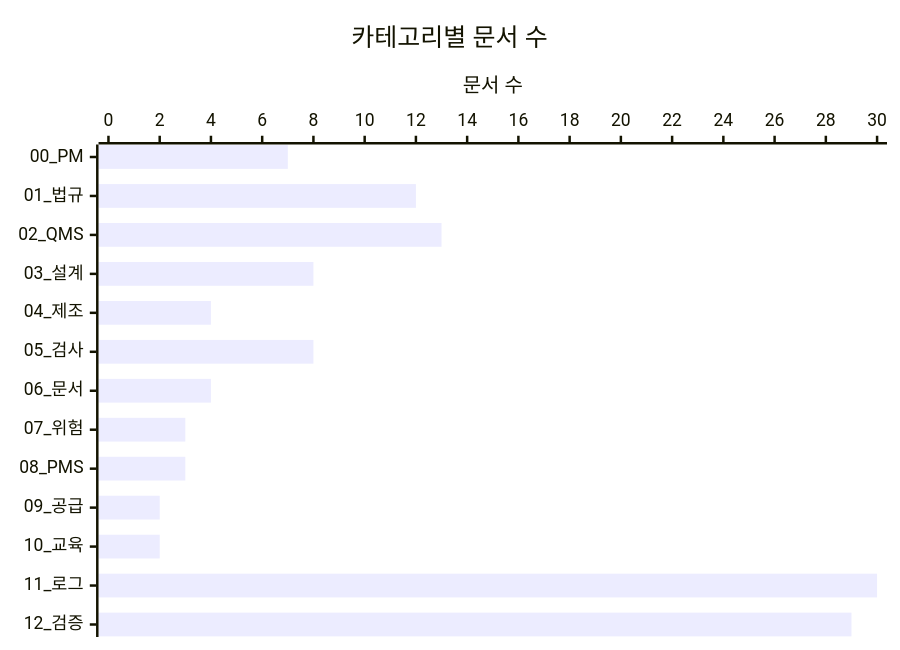
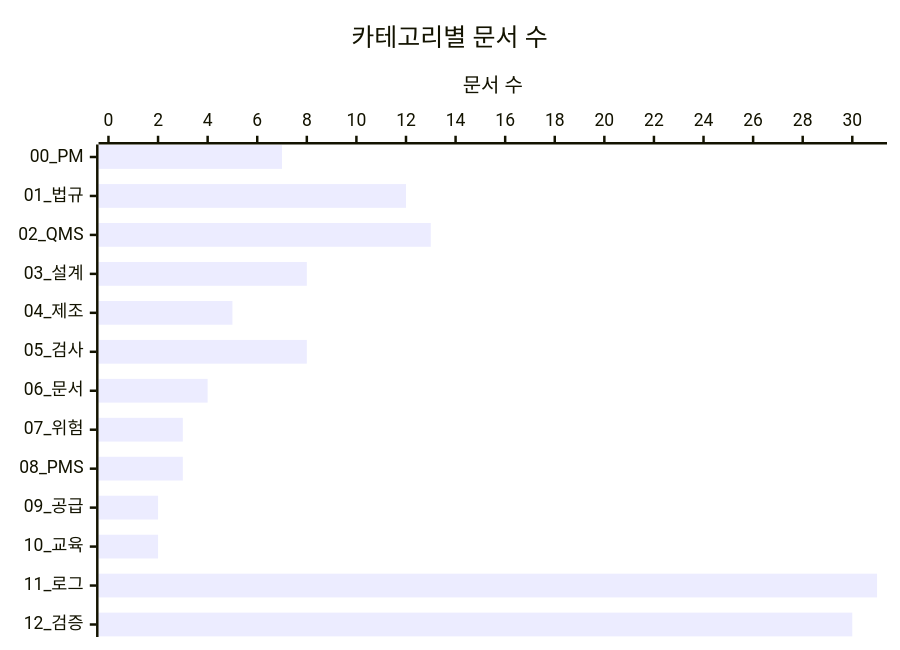
Before and after one commit to holee9/MD-process: the second of 4 diagrams in README.md, drawn with Mermaid. The commit also changed other lines of this file, not shown here.

````diff
--- a/README.md
+++ b/README.md
@@ -98,8 +98,8 @@
 ```mermaid
 %%{init: {"theme":"default"}}%%
 xychart-beta horizontal
     title "카테고리별 문서 수"
     x-axis ["00_PM","01_법규","02_QMS","03_설계","04_제조","05_검사","06_문서","07_위험","08_PMS","09_공급","10_교육","11_로그","12_검증"]
-    y-axis "문서 수" 0 --> 30
-    bar [7,12,13,8,4,8,4,3,3,2,2,30,29]
+    y-axis "문서 수" 0 --> 31
+    bar [7,12,13,8,5,8,4,3,3,2,2,31,30]
 ```
````
